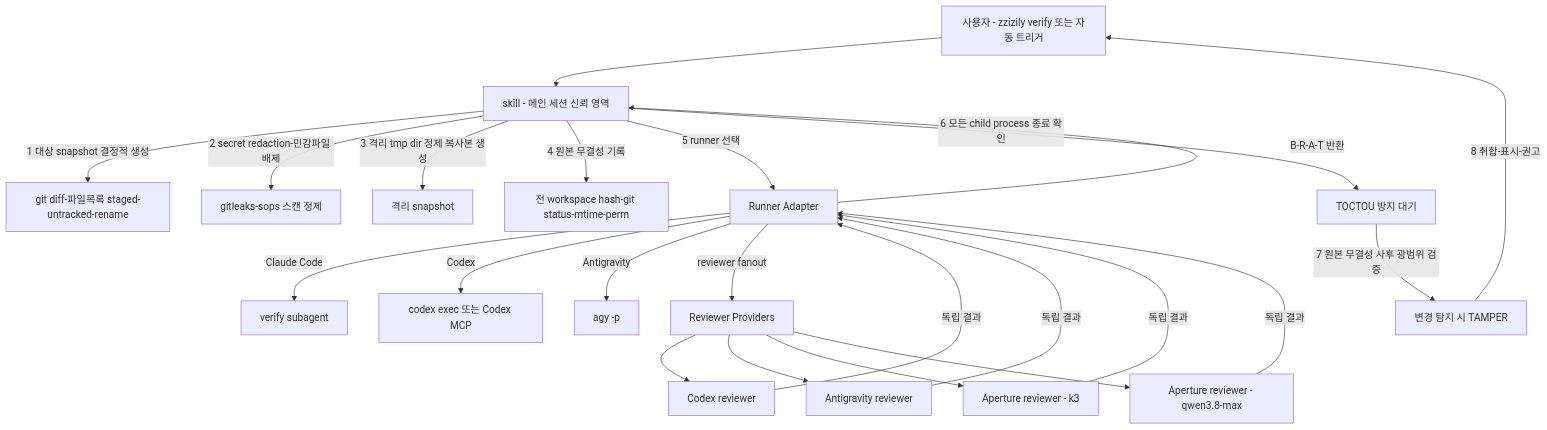
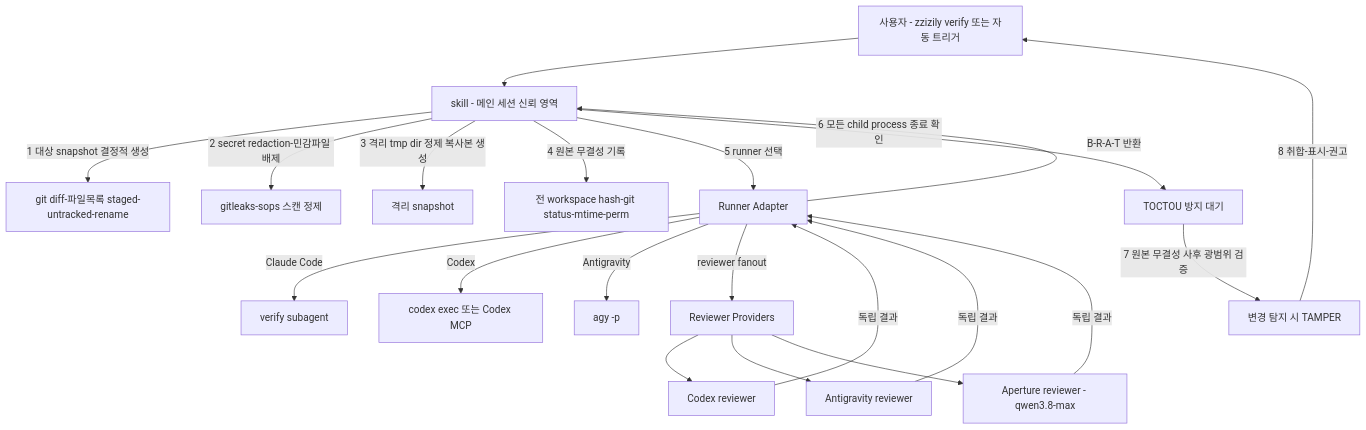
One commit to deuxksy/ai-agent-skill changed the diagram in plugins/review/skills/verify/SKILL.md. Above: the diagram before and after it, drawn with Mermaid. The commit also changed other lines of this file and 31 other files, not shown here.

````diff
--- a/plugins/review/skills/verify/SKILL.md
+++ b/plugins/review/skills/verify/SKILL.md
@@ -41,25 +41,23 @@
 ```mermaid
 graph TD
     U[사용자 - zzizily verify 또는 자동 트리거] --> SK[skill - 메인 세션 신뢰 영역]
     SK -->|1 대상 snapshot 결정적 생성| S1[git diff-파일목록 staged-untracked-rename]
     SK -->|2 secret redaction-민감파일 배제| S2[gitleaks-sops 스캔 정제]
     SK -->|3 격리 tmp dir 정제 복사본 생성| S3[격리 snapshot]
     SK -->|4 원본 무결성 기록| S4[전 workspace hash-git status-mtime-perm]
     SK -->|5 runner 선택| RN[Runner Adapter]
     RN -->|Claude Code| CC[verify subagent]
     RN -->|Codex| CX[codex exec 또는 Codex MCP]
     RN -->|Antigravity| AG[agy -p]
     RN -->|reviewer fanout| RV[Reviewer Providers]
     RV --> CXR[Codex reviewer]
     RV --> AGR[Antigravity reviewer]
-    RV --> AK3[Aperture reviewer - k3]
     RV --> AQW[Aperture reviewer - qwen3.8-max]
     CXR -->|독립 결과| RN
     AGR -->|독립 결과| RN
-    AK3 -->|독립 결과| RN
     AQW -->|독립 결과| RN
     RN -->|B-R-A-T 반환| SK
     SK -->|6 모든 child process 종료 확인| W[TOCTOU 방지 대기]
     W -->|7 원본 무결성 사후 광범위 검증| S5[변경 탐지 시 TAMPER]
     S5 -->|8 취합-표시-권고| U
 ```
````
